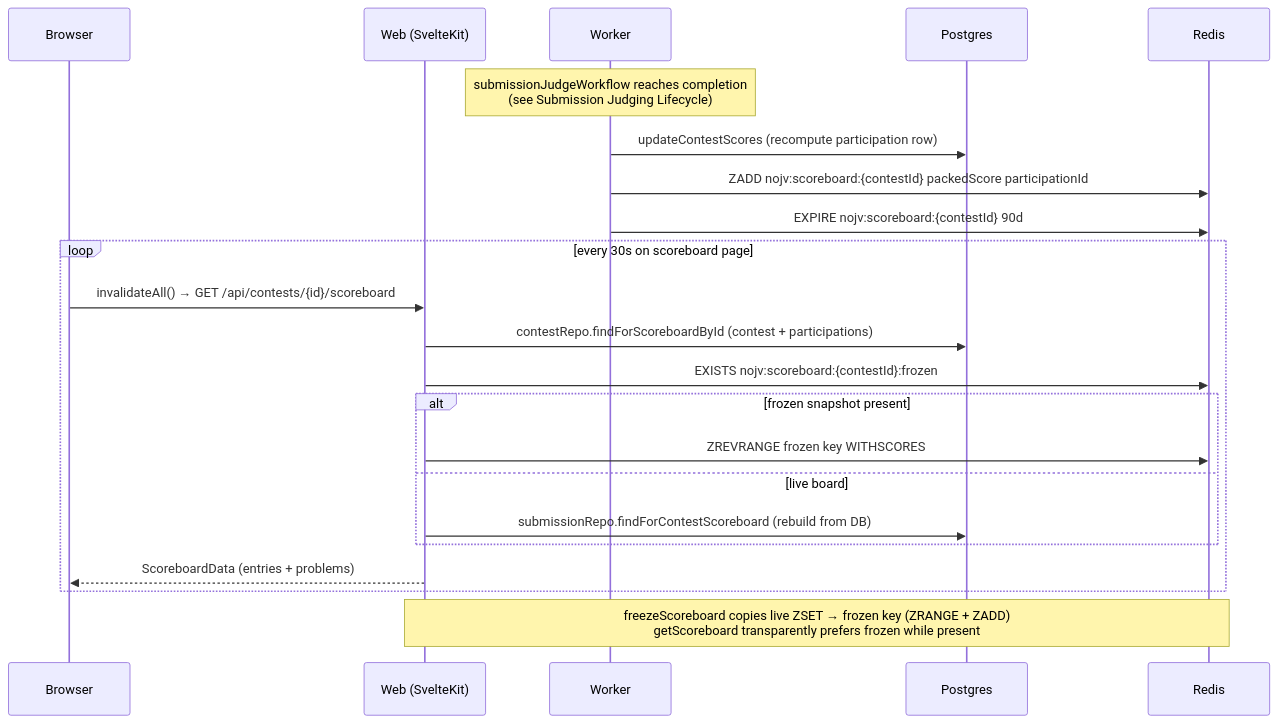
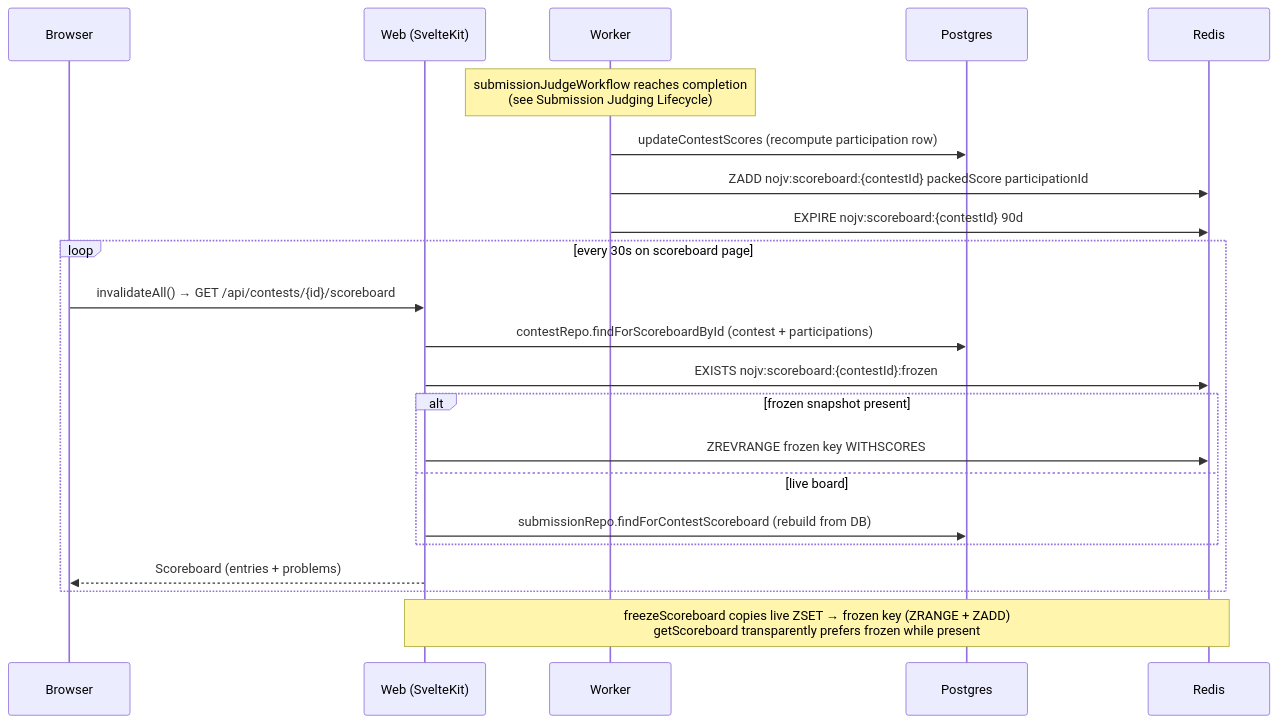
One commit to NOJV-TW/NOJV changed the third of 3 diagrams in ARCHITECTURE.md. Above: the diagram before and after it, drawn with Mermaid. The commit also changed 86 other files, not shown here.

````diff
--- a/ARCHITECTURE.md
+++ b/ARCHITECTURE.md
@@ -324,27 +324,27 @@
 ```mermaid
 sequenceDiagram
     participant Browser
     participant Web as Web (SvelteKit)
     participant Worker
     participant Postgres
     participant Redis
 
     Note over Worker: submissionJudgeWorkflow reaches completion<br/>(see Submission Judging Lifecycle)
     Worker->>Postgres: updateContestScores (recompute participation row)
     Worker->>Redis: ZADD nojv:scoreboard:{contestId} packedScore participationId
     Worker->>Redis: EXPIRE nojv:scoreboard:{contestId} 90d
 
     loop every 30s on scoreboard page
         Browser->>Web: invalidateAll() → GET /api/contests/{id}/scoreboard
         Web->>Postgres: contestRepo.findForScoreboardById (contest + participations)
         Web->>Redis: EXISTS nojv:scoreboard:{contestId}:frozen
         alt frozen snapshot present
             Web->>Redis: ZREVRANGE frozen key WITHSCORES
         else live board
             Web->>Postgres: submissionRepo.findForContestScoreboard (rebuild from DB)
         end
-        Web-->>Browser: ScoreboardData (entries + problems)
+        Web-->>Browser: Scoreboard (entries + problems)
     end
 
     Note over Web,Redis: freezeScoreboard copies live ZSET → frozen key (ZRANGE + ZADD)<br/>getScoreboard transparently prefers frozen while present
 ```
````
